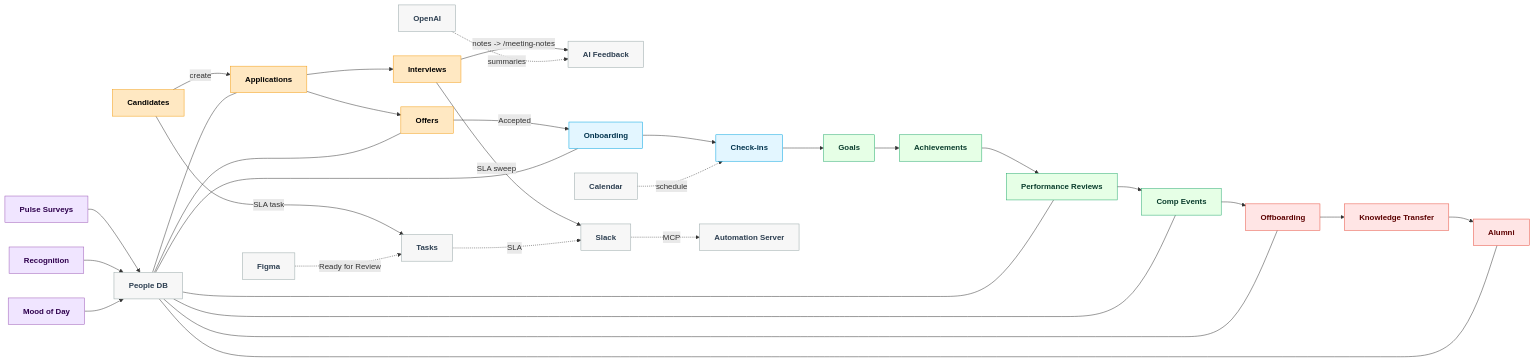
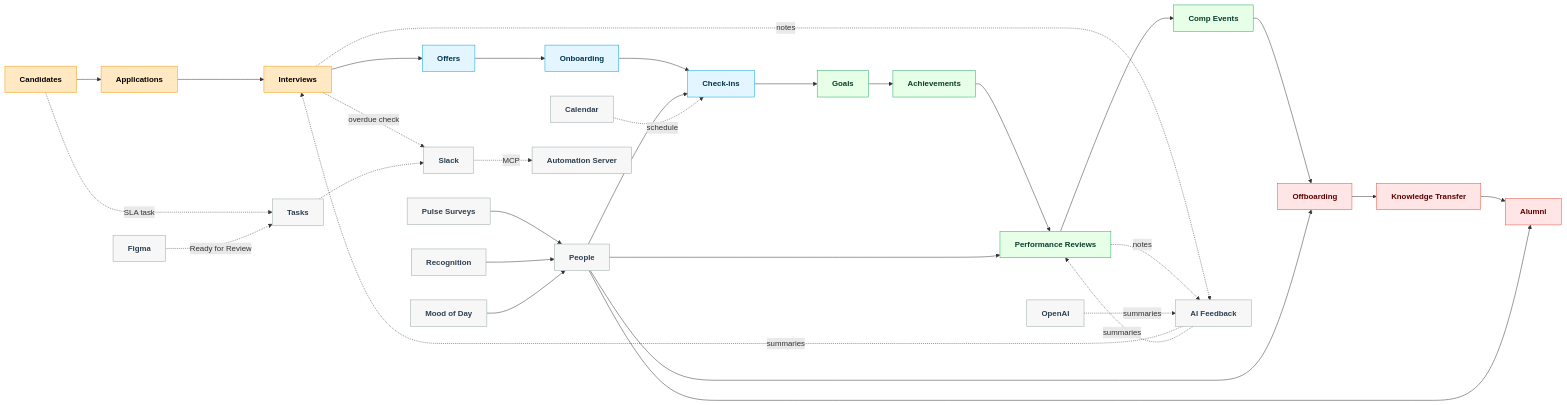
The diagram in submission.md (ujjavala/EchoHR), drawn with Mermaid before and after one commit.

````diff
--- a/submission.md
+++ b/submission.md
@@ -42,55 +42,42 @@
 ```mermaid
 flowchart LR
-    %% Core flow
-    C[Candidates] -->|create| A[Applications]
-    A --> I[Interviews]
-    I -->|notes -> /meeting-notes| Fbk[AI Feedback]
-    I -->|SLA sweep| Slack
-    A --> O[Offers]
-    O -->|Accepted| J[Onboarding]
-    J --> CHK[Check-ins]
-    CHK --> G[Goals]
-    G --> ACH[Achievements]
-    ACH --> PR[Performance Reviews]
-    PR --> CE[Comp Events]
-    CE --> Off[Offboarding]
-    Off --> KT[Knowledge Transfer]
-    KT --> Alumni[Alumni]
+    %% Lifecycle ribbon (left -> right)
+    C[Candidates] --> A[Applications] --> I[Interviews] --> O[Offers] --> J[Onboarding] --> CHK[Check-ins] --> G[Goals] --> ACH[Achievements] --> PR[Performance Reviews] --> CE[Comp Events] --> Off[Offboarding] --> KT[Knowledge Transfer] --> Alumni[Alumni]
 
-    %% Supporting data
-    People[People DB] --- A
-    People --- O
-    People --- J
-    People --- PR
-    People --- CE
-    People --- Off
-    People --- Alumni
+    %% Feedback/AI thread
+    I -. notes .-> Fbk[AI Feedback]
+    PR -. notes .-> Fbk
+    Fbk -. summaries .-> I
+    Fbk -. summaries .-> PR
 
-    %% Culture side-rail
+    %% Culture & pulse thread
     Pulse[Pulse Surveys] --> People
     Recog[Recognition] --> People
     Mood[Mood of Day] --> People
+    People --> CHK
+    People --> PR
+    People --> Off
+    People --> Alumni
 
-    %% Automation + MCP touchpoints
-    T[Tasks] -. SLA .-> Slack
-    C -->|SLA task| T
+    %% Automation & MCP touchpoints
+    C -. SLA task .-> T[Tasks]
+    I -. overdue check .-> Slack
+    T -.-> Slack
     Figma -. Ready for Review .-> T
     Calendar -. schedule .-> CHK
     Slack -. MCP .-> Automation[Automation Server]
     OpenAI -. summaries .-> Fbk
 
     %% Styling
     classDef hiring fill:#ffe8c2,stroke:#f39c12,color:#000,font-weight:bold;
     classDef onboard fill:#e3f6ff,stroke:#00a3e0,color:#00334d,font-weight:bold;
     classDef growth fill:#e6ffe6,stroke:#22a96a,color:#0a3d2d,font-weight:bold;
-    classDef culture fill:#f0e5ff,stroke:#9b59b6,color:#2e004d,font-weight:bold;
     classDef exit fill:#ffe5e5,stroke:#e74c3c,color:#5c0000,font-weight:bold;
     classDef infra fill:#f7f7f7,stroke:#95a5a6,color:#2c3e50,font-weight:bold;
 
-    class C,A,I,O hiring;
-    class J,CHK onboard;
+    class C,A,I hiring;
+    class O,J,CHK onboard;
     class G,ACH,PR,CE growth;
-    class Pulse,Recog,Mood culture;
     class Off,KT,Alumni exit;
-    class People,T,Slack,Figma,Calendar,Automation,OpenAI,Fbk infra;
+    class People,T,Slack,Figma,Calendar,Automation,OpenAI,Fbk,Pulse,Recog,Mood infra;
 ```
````
